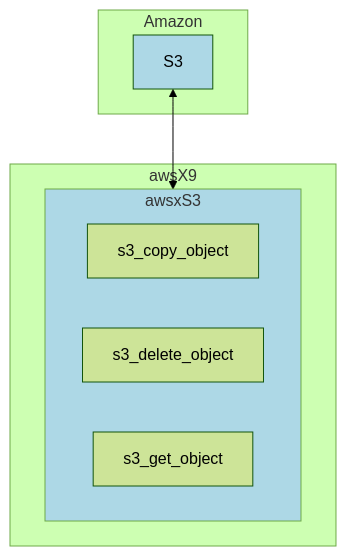
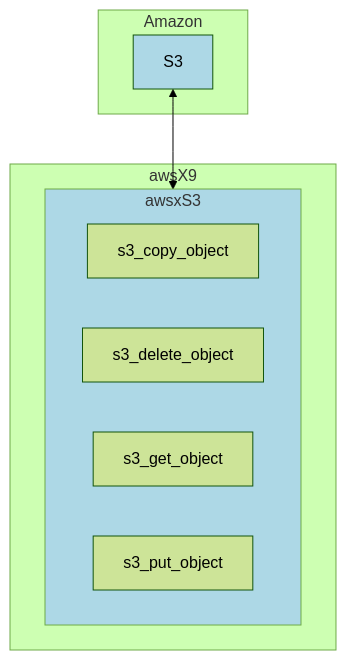
Before and after one commit to lankahsu520/awsX9: the second of 2 diagrams in README.md, drawn with Mermaid (forest theme). The commit also changed other lines of this file and 3 other files, not shown here.

Commit message:
add function - int s3_put_object(S3_InfoX_t *s3_ctx)

````diff
--- a/README.md
+++ b/README.md
@@ -59,24 +59,25 @@
 ```mermaid
 flowchart TD
 	subgraph Amazon
 		S3
 	end
 
 	subgraph awsX9
 		subgraph awsxS3
 			s3_copy_object
 			s3_delete_object
 			s3_get_object
+			s3_put_object
 		end
 	end
 
 	S3<-->awsxS3
 
 	classDef yellow fill:#FFFFCC
 	classDef pink fill:#FFCCCC
 	classDef blue fill:#0000FF
 	classDef lightblue fill:#ADD8E6
 
 	class S3 lightblue
 	class awsxS3 lightblue
 ```
````
